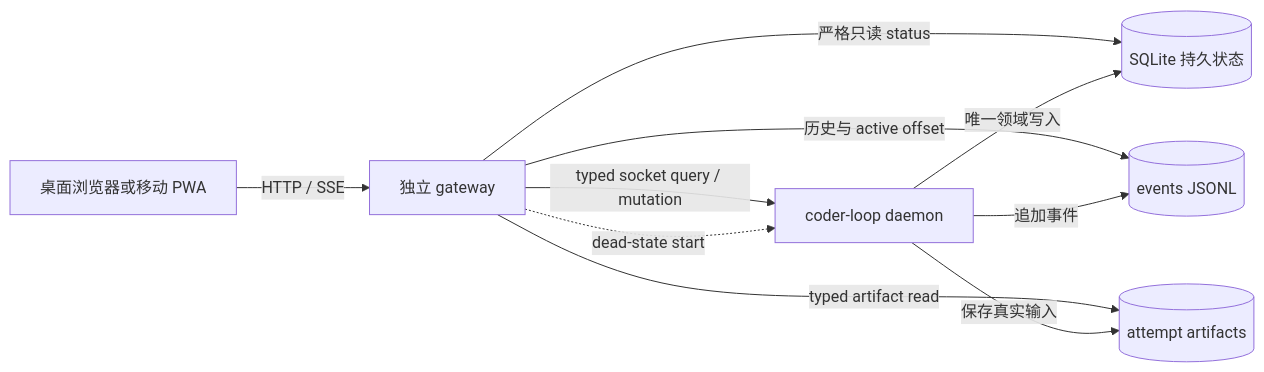
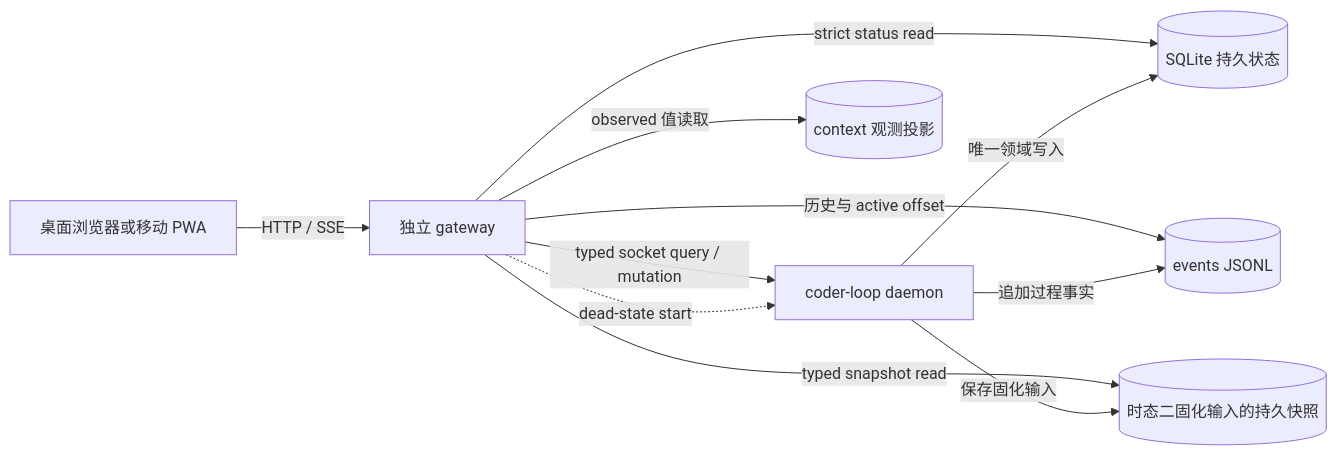
The second of 7 diagrams in v3-issue/A.md (mouriya-s-lab/coder-loop), drawn with Mermaid before and after one commit. The commit also changed other lines of this file, not shown here.

````diff
--- a/v3-issue/A.md
+++ b/v3-issue/A.md
@@ -363,19 +360,20 @@
 ```mermaid
 flowchart LR
     Browser[桌面浏览器或移动 PWA]
     Gateway[独立 gateway]
     Daemon[coder-loop daemon]
     State[(SQLite 持久状态)]
     Events[(events JSONL)]
-    Artifacts[(attempt artifacts)]
-
+    Artifacts[(时态二固化输入的持久快照)]
+    Context[(context 观测投影)]
     Browser -->|HTTP / SSE| Gateway
-    Gateway -->|严格只读 status| State
+    Gateway -->|strict status read| State
     Gateway -->|历史与 active offset| Events
-    Gateway -->|typed artifact read| Artifacts
+    Gateway -->|typed snapshot read| Artifacts
+    Gateway -->|observed 值读取| Context
     Gateway -->|typed socket query / mutation| Daemon
     Gateway -. dead-state start .-> Daemon
     Daemon -->|唯一领域写入| State
-    Daemon -->|追加事件| Events
-    Daemon -->|保存真实输入| Artifacts
+    Daemon -->|追加过程事实| Events
+    Daemon -->|保存固化输入| Artifacts
 ```
````
